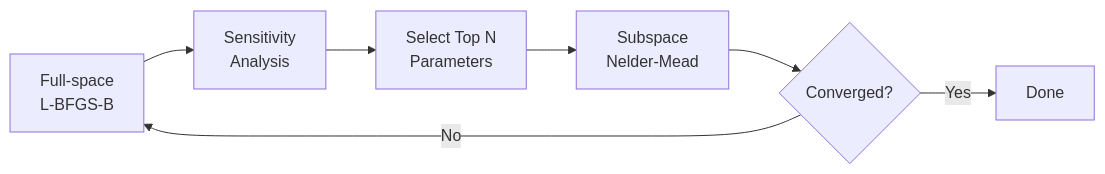
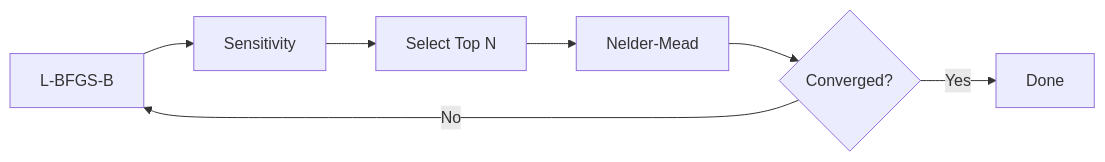
The first of 2 diagrams in docs/optimization-guide.md (ericchansen/q2mm), drawn with Mermaid before and after one commit. The commit also changed other lines of this file and 8 other files, not shown here.

First line of the commit message:
docs: standardize mermaid diagrams and add per-backend pages

````diff
--- a/docs/optimization-guide.md
+++ b/docs/optimization-guide.md
@@ -119,9 +119,9 @@
 ```mermaid
 flowchart LR
-    A[Full-space<br/>L-BFGS-B] --> B[Sensitivity<br/>Analysis]
-    B --> C[Select Top N<br/>Parameters]
-    C --> D[Subspace<br/>Nelder-Mead]
+    A[L-BFGS-B] --> B[Sensitivity]
+    B --> C[Select Top N]
+    C --> D[Nelder-Mead]
     D --> E{Converged?}
     E -->|No| A
     E -->|Yes| F[Done]
 ```
````
